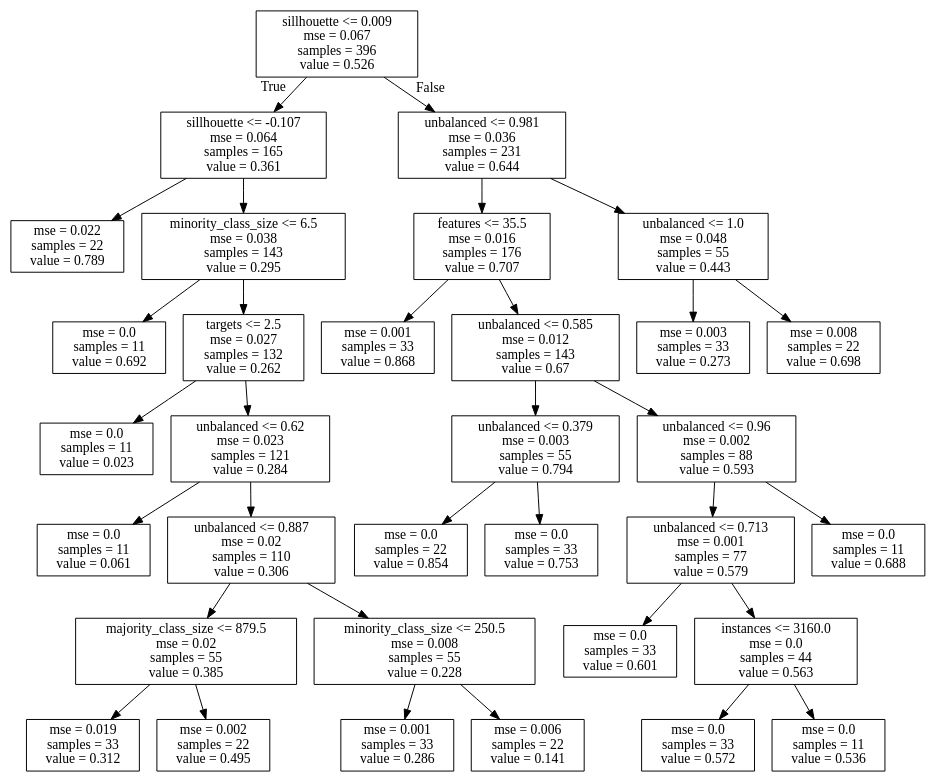
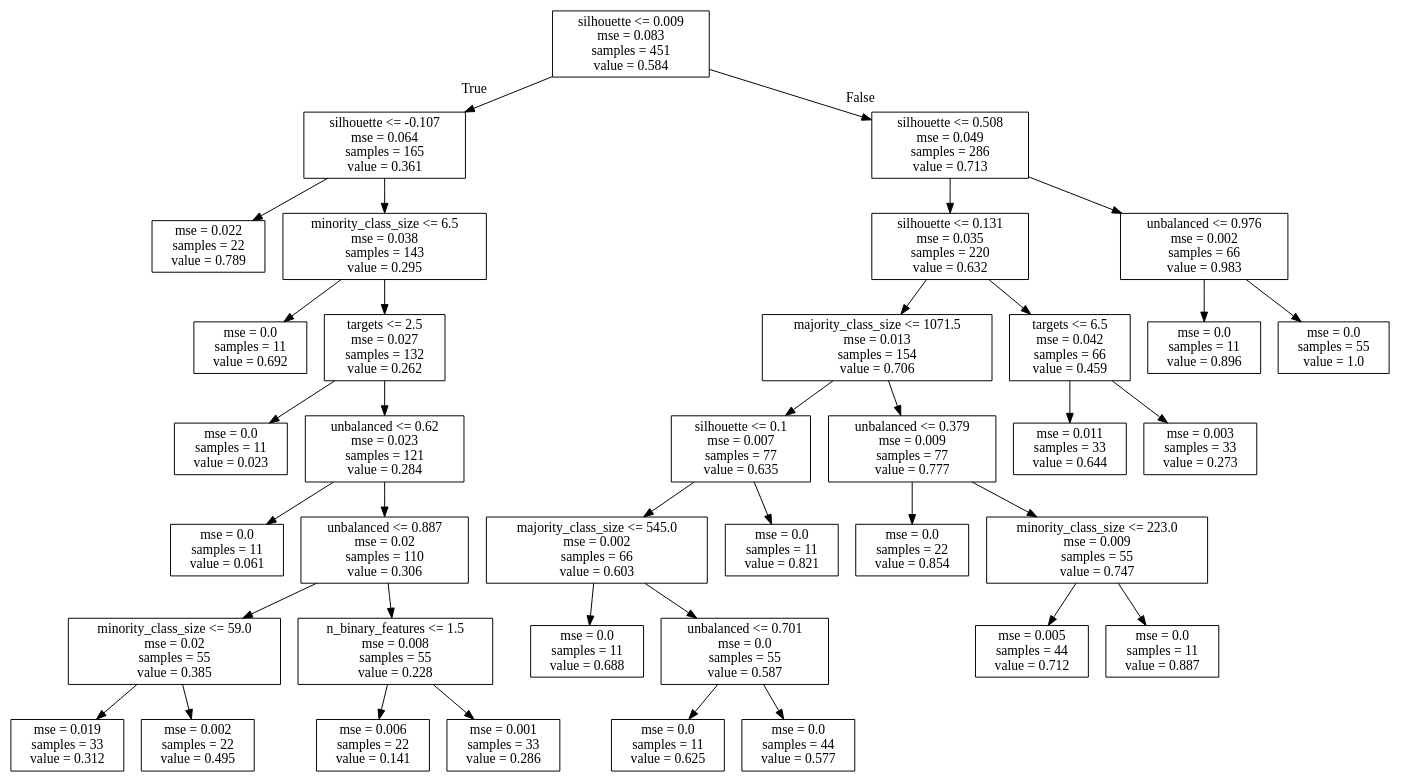
One commit to rsboos/DistributedClassifier changed the diagram in analysis/learning/regression/results/trees/copeland_f1_scores.dot. Above: the diagram before and after it, drawn with Graphviz. The commit also changed 147 other files, not shown here.

```diff
--- a/analysis/learning/regression/results/trees/copeland_f1_scores.dot
+++ b/analysis/learning/regression/results/trees/copeland_f1_scores.dot
@@ -1,68 +1,76 @@
 digraph Tree {
 node [shape=box] ;
-0 [label="sillhouette <= 0.009\nmse = 0.067\nsamples = 396\nvalue = 0.526"] ;
-1 [label="sillhouette <= -0.107\nmse = 0.064\nsamples = 165\nvalue = 0.361"] ;
+0 [label="silhouette <= 0.009\nmse = 0.083\nsamples = 451\nvalue = 0.584"] ;
+1 [label="silhouette <= -0.107\nmse = 0.064\nsamples = 165\nvalue = 0.361"] ;
 0 -> 1 [labeldistance=2.5, labelangle=45, headlabel="True"] ;
 2 [label="mse = 0.022\nsamples = 22\nvalue = 0.789"] ;
 1 -> 2 ;
 3 [label="minority_class_size <= 6.5\nmse = 0.038\nsamples = 143\nvalue = 0.295"] ;
 1 -> 3 ;
 4 [label="mse = 0.0\nsamples = 11\nvalue = 0.692"] ;
 3 -> 4 ;
 5 [label="targets <= 2.5\nmse = 0.027\nsamples = 132\nvalue = 0.262"] ;
 3 -> 5 ;
 6 [label="mse = 0.0\nsamples = 11\nvalue = 0.023"] ;
 5 -> 6 ;
 7 [label="unbalanced <= 0.62\nmse = 0.023\nsamples = 121\nvalue = 0.284"] ;
 5 -> 7 ;
 8 [label="mse = 0.0\nsamples = 11\nvalue = 0.061"] ;
 7 -> 8 ;
 9 [label="unbalanced <= 0.887\nmse = 0.02\nsamples = 110\nvalue = 0.306"] ;
 7 -> 9 ;
-10 [label="majority_class_size <= 879.5\nmse = 0.02\nsamples = 55\nvalue = 0.385"] ;
+10 [label="minority_class_size <= 59.0\nmse = 0.02\nsamples = 55\nvalue = 0.385"] ;
 9 -> 10 ;
 11 [label="mse = 0.019\nsamples = 33\nvalue = 0.312"] ;
 10 -> 11 ;
 12 [label="mse = 0.002\nsamples = 22\nvalue = 0.495"] ;
 10 -> 12 ;
-13 [label="minority_class_size <= 250.5\nmse = 0.008\nsamples = 55\nvalue = 0.228"] ;
+13 [label="n_binary_features <= 1.5\nmse = 0.008\nsamples = 55\nvalue = 0.228"] ;
 9 -> 13 ;
-14 [label="mse = 0.001\nsamples = 33\nvalue = 0.286"] ;
+14 [label="mse = 0.006\nsamples = 22\nvalue = 0.141"] ;
 13 -> 14 ;
-15 [label="mse = 0.006\nsamples = 22\nvalue = 0.141"] ;
+15 [label="mse = 0.001\nsamples = 33\nvalue = 0.286"] ;
 13 -> 15 ;
-16 [label="unbalanced <= 0.981\nmse = 0.036\nsamples = 231\nvalue = 0.644"] ;
+16 [label="silhouette <= 0.508\nmse = 0.049\nsamples = 286\nvalue = 0.713"] ;
 0 -> 16 [labeldistance=2.5, labelangle=-45, headlabel="False"] ;
-17 [label="features <= 35.5\nmse = 0.016\nsamples = 176\nvalue = 0.707"] ;
+17 [label="silhouette <= 0.131\nmse = 0.035\nsamples = 220\nvalue = 0.632"] ;
 16 -> 17 ;
-18 [label="mse = 0.001\nsamples = 33\nvalue = 0.868"] ;
+18 [label="majority_class_size <= 1071.5\nmse = 0.013\nsamples = 154\nvalue = 0.706"] ;
 17 -> 18 ;
-19 [label="unbalanced <= 0.585\nmse = 0.012\nsamples = 143\nvalue = 0.67"] ;
-17 -> 19 ;
-20 [label="unbalanced <= 0.379\nmse = 0.003\nsamples = 55\nvalue = 0.794"] ;
+19 [label="silhouette <= 0.1\nmse = 0.007\nsamples = 77\nvalue = 0.635"] ;
+18 -> 19 ;
+20 [label="majority_class_size <= 545.0\nmse = 0.002\nsamples = 66\nvalue = 0.603"] ;
 19 -> 20 ;
-21 [label="mse = 0.0\nsamples = 22\nvalue = 0.854"] ;
+21 [label="mse = 0.0\nsamples = 11\nvalue = 0.688"] ;
 20 -> 21 ;
-22 [label="mse = 0.0\nsamples = 33\nvalue = 0.753"] ;
+22 [label="unbalanced <= 0.701\nmse = 0.0\nsamples = 55\nvalue = 0.587"] ;
 20 -> 22 ;
-23 [label="unbalanced <= 0.96\nmse = 0.002\nsamples = 88\nvalue = 0.593"] ;
-19 -> 23 ;
-24 [label="unbalanced <= 0.713\nmse = 0.001\nsamples = 77\nvalue = 0.579"] ;
-23 -> 24 ;
-25 [label="mse = 0.0\nsamples = 33\nvalue = 0.601"] ;
-24 -> 25 ;
-26 [label="instances <= 3160.0\nmse = 0.0\nsamples = 44\nvalue = 0.563"] ;
-24 -> 26 ;
-27 [label="mse = 0.0\nsamples = 33\nvalue = 0.572"] ;
+23 [label="mse = 0.0\nsamples = 11\nvalue = 0.625"] ;
+22 -> 23 ;
+24 [label="mse = 0.0\nsamples = 44\nvalue = 0.577"] ;
+22 -> 24 ;
+25 [label="mse = 0.0\nsamples = 11\nvalue = 0.821"] ;
+19 -> 25 ;
+26 [label="unbalanced <= 0.379\nmse = 0.009\nsamples = 77\nvalue = 0.777"] ;
+18 -> 26 ;
+27 [label="mse = 0.0\nsamples = 22\nvalue = 0.854"] ;
 26 -> 27 ;
-28 [label="mse = 0.0\nsamples = 11\nvalue = 0.536"] ;
+28 [label="minority_class_size <= 223.0\nmse = 0.009\nsamples = 55\nvalue = 0.747"] ;
 26 -> 28 ;
-29 [label="mse = 0.0\nsamples = 11\nvalue = 0.688"] ;
-23 -> 29 ;
-30 [label="unbalanced <= 1.0\nmse = 0.048\nsamples = 55\nvalue = 0.443"] ;
-16 -> 30 ;
-31 [label="mse = 0.003\nsamples = 33\nvalue = 0.273"] ;
-30 -> 31 ;
-32 [label="mse = 0.008\nsamples = 22\nvalue = 0.698"] ;
-30 -> 32 ;
+29 [label="mse = 0.005\nsamples = 44\nvalue = 0.712"] ;
+28 -> 29 ;
+30 [label="mse = 0.0\nsamples = 11\nvalue = 0.887"] ;
+28 -> 30 ;
+31 [label="targets <= 6.5\nmse = 0.042\nsamples = 66\nvalue = 0.459"] ;
+17 -> 31 ;
+32 [label="mse = 0.011\nsamples = 33\nvalue = 0.644"] ;
+31 -> 32 ;
+33 [label="mse = 0.003\nsamples = 33\nvalue = 0.273"] ;
+31 -> 33 ;
+34 [label="unbalanced <= 0.976\nmse = 0.002\nsamples = 66\nvalue = 0.983"] ;
+16 -> 34 ;
+35 [label="mse = 0.0\nsamples = 11\nvalue = 0.896"] ;
+34 -> 35 ;
+36 [label="mse = 0.0\nsamples = 55\nvalue = 1.0"] ;
+34 -> 36 ;
 }
```
